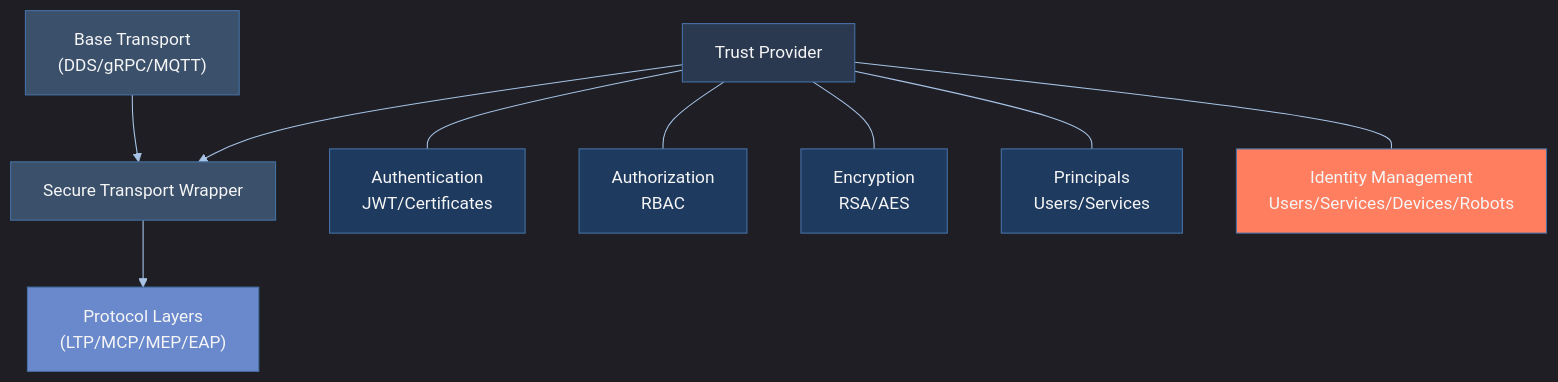
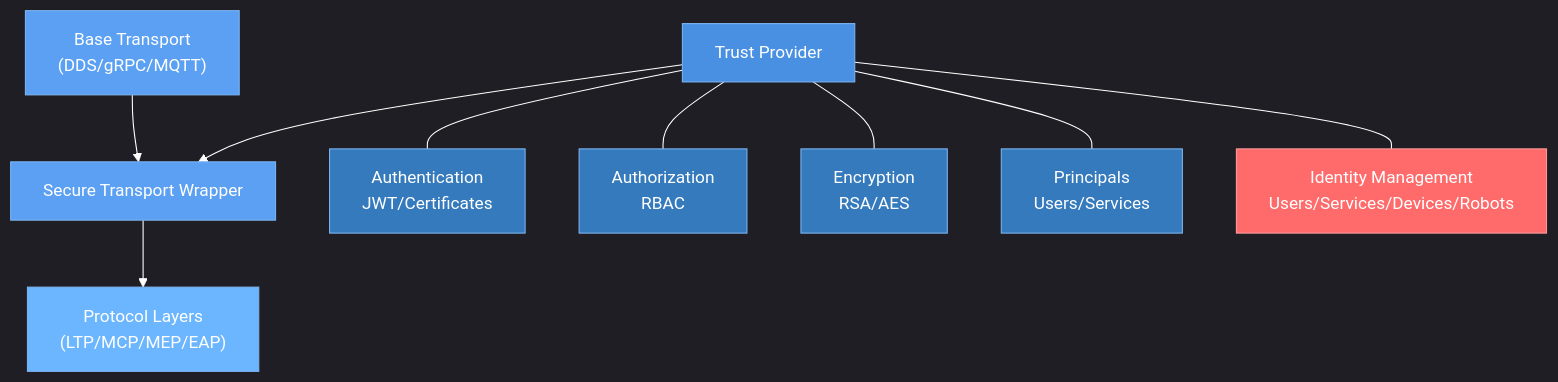
Diagram 11 of 14 in DesignDoc.md (mbhatt1/ecps-sdk), drawn with Mermaid before and after one commit. The commit also changed other lines of this file, not shown here.

Commit message:
Adding trust layer + fix diagrams

````diff
--- a/DesignDoc.md
+++ b/DesignDoc.md
@@ -798,40 +798,40 @@
 ```mermaid
-%%{init: {'theme': 'dark', 'themeVariables': { 'primaryColor': '#2a3950', 'primaryTextColor': '#f5f5f5', 'primaryBorderColor': '#4671a5', 'lineColor': '#a7c3e6', 'secondaryColor': '#3a506b', 'tertiaryColor': '#1e3a5f'}}}%%
+%%{init: {'theme': 'dark', 'themeVariables': { 'primaryColor': '#4a90e2', 'primaryTextColor': '#ffffff', 'primaryBorderColor': '#7bb3f0', 'lineColor': '#ffffff', 'secondaryColor': '#5ba0f2', 'tertiaryColor': '#357abd', 'background': '#1e1e1e', 'mainBkg': '#2d2d2d', 'secondBkg': '#3d3d3d', 'tertiaryColor': '#4d4d4d'}}}%%
 flowchart TB
     %% Trust Layer Integration
     TrustProvider["Trust Provider"]
     SecureTransport["Secure Transport Wrapper"]
     BaseTransport["Base Transport<br>(DDS/gRPC/MQTT)"]
     Protocol["Protocol Layers<br>(LTP/MCP/MEP/EAP)"]
     
     %% Trust Components
     Authentication["Authentication<br>JWT/Certificates"]
     Authorization["Authorization<br>RBAC"]
     Encryption["Encryption<br>RSA/AES"]
     Principals["Principals<br>Users/Services"]
     Identity["Identity Management<br>Users/Services/Devices/Robots"]
     
     %% Flow
     TrustProvider --- Authentication
     TrustProvider --- Authorization
     TrustProvider --- Encryption
     TrustProvider --- Principals
     TrustProvider --- Identity
     
     TrustProvider --> SecureTransport
     BaseTransport --> SecureTransport
     SecureTransport --> Protocol
     
     %% Styling
-    classDef provider fill:#2a3950,stroke:#4671a5,color:#f5f5f5
-    classDef transport fill:#3a506b,stroke:#4671a5,color:#f5f5f5
-    classDef component fill:#1e3a5f,stroke:#4671a5,color:#f5f5f5
-    classDef protocol fill:#6a89cc,stroke:#4671a5,color:#f5f5f5
-    classDef identity fill:#ff7e5f,stroke:#4671a5,color:#f5f5f5
+    classDef provider fill:#4a90e2,stroke:#7bb3f0,color:#ffffff
+    classDef transport fill:#5ba0f2,stroke:#7bb3f0,color:#ffffff
+    classDef component fill:#357abd,stroke:#7bb3f0,color:#ffffff
+    classDef protocol fill:#6bb6ff,stroke:#7bb3f0,color:#ffffff
+    classDef identity fill:#ff6b6b,stroke:#ff9999,color:#ffffff
     
     class TrustProvider provider
     class SecureTransport,BaseTransport transport
     class Authentication,Authorization,Encryption,Principals component
     class Protocol protocol
     class Identity identity
 ```
````
